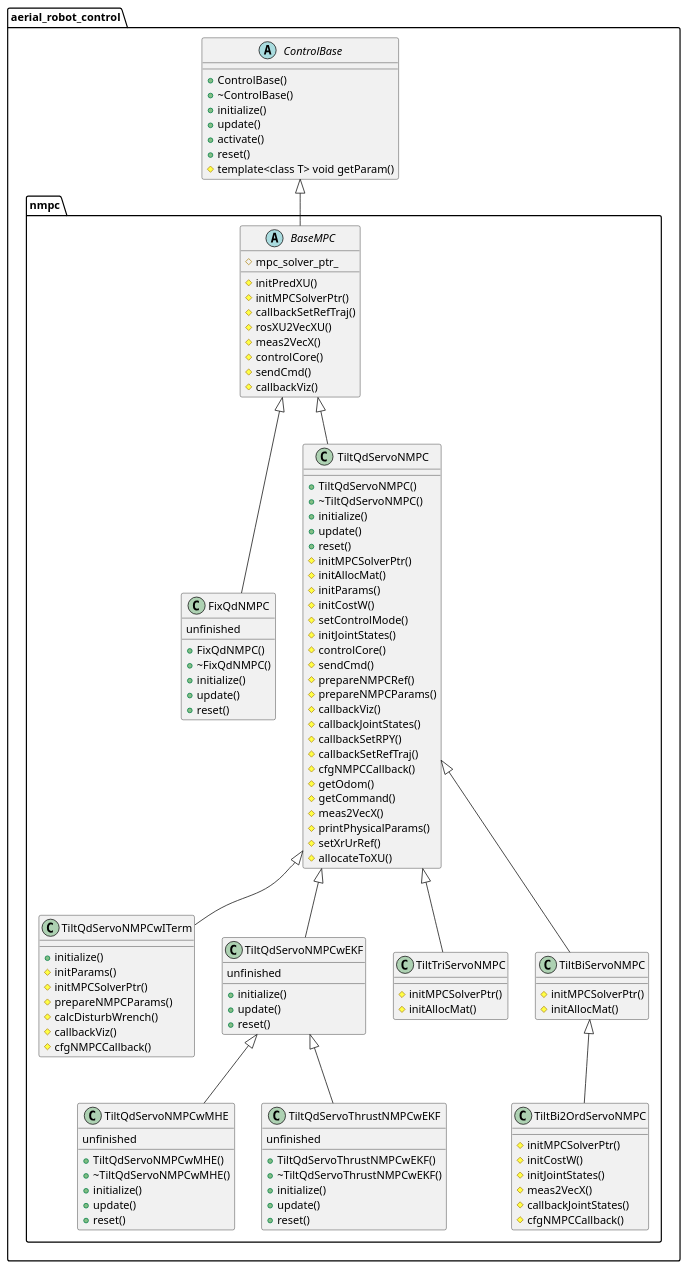
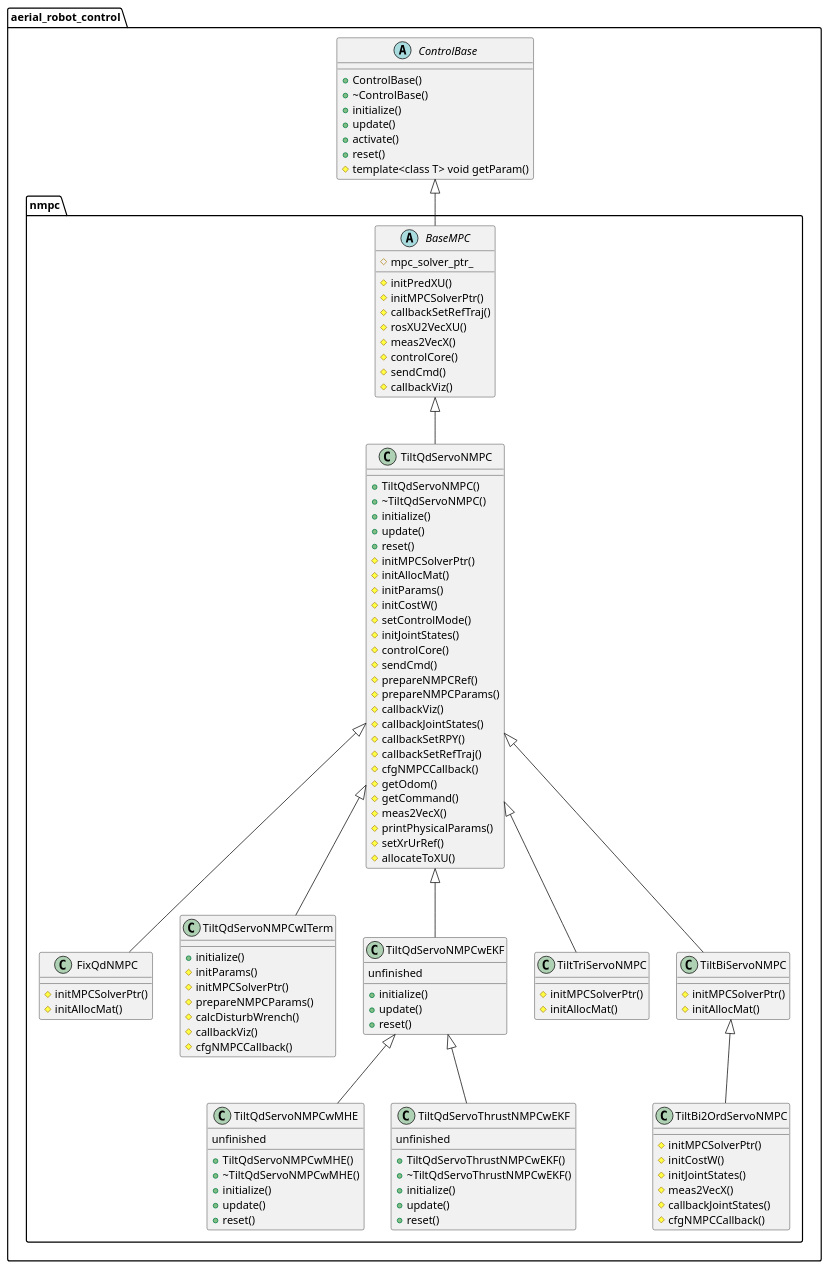
The diagram in docs/UMLs/nmpc_controller.puml (jsk-ros-pkg/jsk_aerial_robot), drawn with PlantUML before and after one commit. The commit also changed 6 other files, not shown here.

Commit message:
[NMPC][Refactor]: implement the FixQdNMPC based on the TiltQdServoNMPC

```diff
--- a/docs/UMLs/nmpc_controller.puml
+++ b/docs/UMLs/nmpc_controller.puml
@@ -1,138 +1,134 @@
 @startuml
 'https://plantuml.com/class-diagram
 
 set namespaceSeparator ::
 
 abstract class aerial_robot_control::ControlBase {
     + ControlBase()
     + ~ControlBase()
     + initialize()
     + update()
     + activate()
     + reset()
     # template<class T> void getParam()
 }
 
 abstract class aerial_robot_control::nmpc::BaseMPC extends aerial_robot_control::ControlBase {
     # mpc_solver_ptr_
     # initPredXU()
     # initMPCSolverPtr()
     # callbackSetRefTraj()
     # rosXU2VecXU()
     # meas2VecX()
     # controlCore()
     # sendCmd()
     # callbackViz()
 }
 
-class aerial_robot_control::nmpc::FixQdNMPC extends aerial_robot_control::nmpc::BaseMPC {
+class aerial_robot_control::nmpc::FixQdNMPC extends aerial_robot_control::nmpc::TiltQdServoNMPC {
 'x_dim = 13, u_dim = 4, p_dim = 4'
-unfinished
-    + FixQdNMPC()
-    + ~FixQdNMPC()
-    + initialize()
-    + update()
-    + reset()
+    # initMPCSolverPtr()
+    # initAllocMat()
 }
 
 'class aerial_robot_control::nmpc::TiltQdNMPC extends aerial_robot_control::nmpc::FixQdNMPC {
 ''x_dim = 13, u_dim = 8'
 '    + TiltQdNMPC()
 '    + ~TiltQdNMPC()
 '    + initialize()
 '    + update()
 '    + reset()
 '}
 
 class aerial_robot_control::nmpc::TiltQdServoNMPC extends aerial_robot_control::nmpc::BaseMPC {
 'x_dim = 17, u_dim = 8, p_dim = 4'
     + TiltQdServoNMPC()
     + ~TiltQdServoNMPC()
     + initialize()
     + update()
     + reset()
     # initMPCSolverPtr()
     # initAllocMat()
     # initParams()
     # initCostW()
     # setControlMode()
     # initJointStates()
     # controlCore()
     # sendCmd()
     # prepareNMPCRef()
     # prepareNMPCParams()
     # callbackViz()
     # callbackJointStates()
     # callbackSetRPY()
     # callbackSetRefTraj()
     # cfgNMPCCallback()
     # getOdom()
     # getCommand()
     # meas2VecX()
     # printPhysicalParams()
     # setXrUrRef()
     # allocateToXU()
 }
 
 class aerial_robot_control::nmpc::TiltQdServoNMPCwITerm extends aerial_robot_control::nmpc::TiltQdServoNMPC {
 'x_dim = 17, u_dim = 8， p_dim = 10'
     + initialize()
     # initParams()
     # initMPCSolverPtr()
     # prepareNMPCParams()
     # calcDisturbWrench()
     # callbackViz()
     # cfgNMPCCallback()
 }
 
 class aerial_robot_control::nmpc::TiltQdServoNMPCwEKF extends aerial_robot_control::nmpc::TiltQdServoNMPC {
 'x_dim = 23, u_dim = 8, p_dim = 4'
 unfinished
     + initialize()
     + update()
     + reset()
 }
 
 class aerial_robot_control::nmpc::TiltQdServoNMPCwMHE extends aerial_robot_control::nmpc::TiltQdServoNMPCwEKF {
 'x_dim = 23, u_dim = 8, p_dim = 4'
 unfinished
     + TiltQdServoNMPCwMHE()
     + ~TiltQdServoNMPCwMHE()
     + initialize()
     + update()
     + reset()
 }
 
 class aerial_robot_control::nmpc::TiltQdServoThrustNMPCwEKF extends aerial_robot_control::nmpc::TiltQdServoNMPCwEKF {
 'x_dim = 27, u_dim = 8, p_dim = 4'
 unfinished
     + TiltQdServoThrustNMPCwEKF()
     + ~TiltQdServoThrustNMPCwEKF()
     + initialize()
     + update()
     + reset()
 }
 
 class aerial_robot_control::nmpc::TiltTriServoNMPC extends aerial_robot_control::nmpc::TiltQdServoNMPC {
 'x_dim = 16, u_dim = 6, p_dim = 4'
     # initMPCSolverPtr()
     # initAllocMat()
 }
 
 class aerial_robot_control::nmpc::TiltBiServoNMPC extends aerial_robot_control::nmpc::TiltQdServoNMPC {
 'x_dim = 15, u_dim = 4, p_dim = 4'
     # initMPCSolverPtr()
     # initAllocMat()
 }
 
 class aerial_robot_control::nmpc::TiltBi2OrdServoNMPC extends aerial_robot_control::nmpc::TiltBiServoNMPC {
 'x_dim = 17, u_dim = 4, p_dim = 4'
     # initMPCSolverPtr()
     # initCostW()
     # initJointStates()
     # meas2VecX()
     # callbackJointStates()
     # cfgNMPCCallback()
 }
 
 @enduml
```
